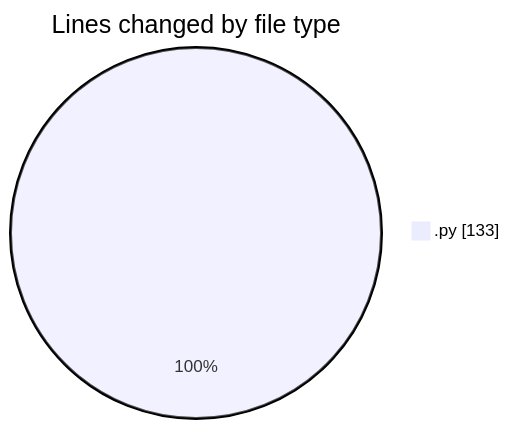
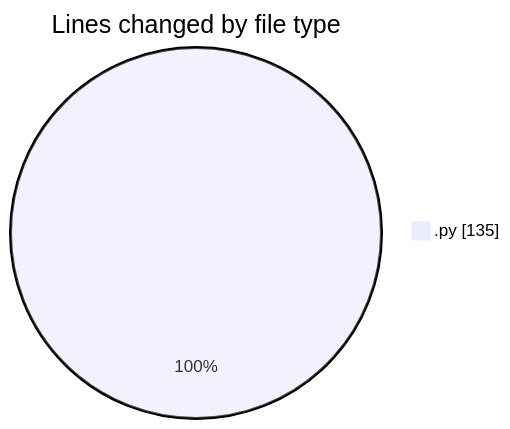
The first of 2 diagrams in 2025-10-25/untitled__workspace_/README.md (MatusMokan/code-tracking), drawn with Mermaid before and after one commit. The commit also changed other lines of this file and 1 other file, not shown here.

````diff
--- a/2025-10-25/untitled__workspace_/README.md
+++ b/2025-10-25/untitled__workspace_/README.md
@@ -20,5 +20,5 @@
 ```mermaid
 pie showData
 title Lines changed by file type
-".py" : 133
+".py" : 135
 ```
````
